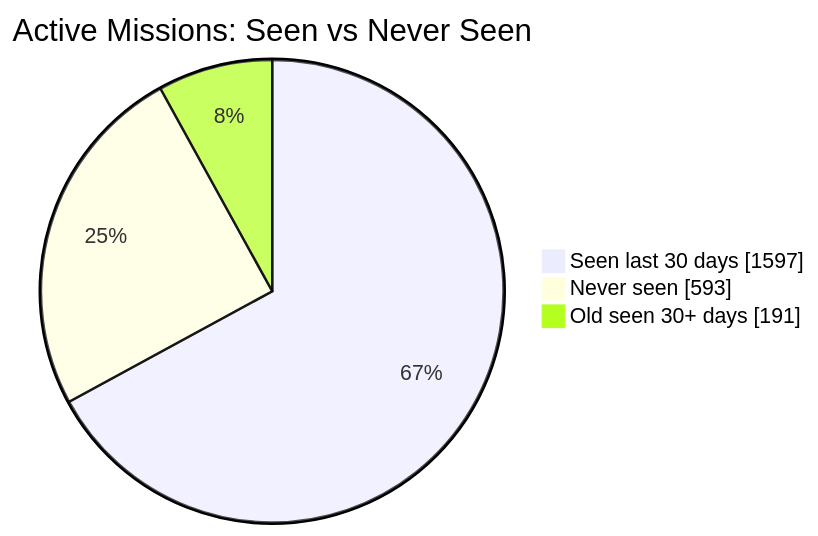
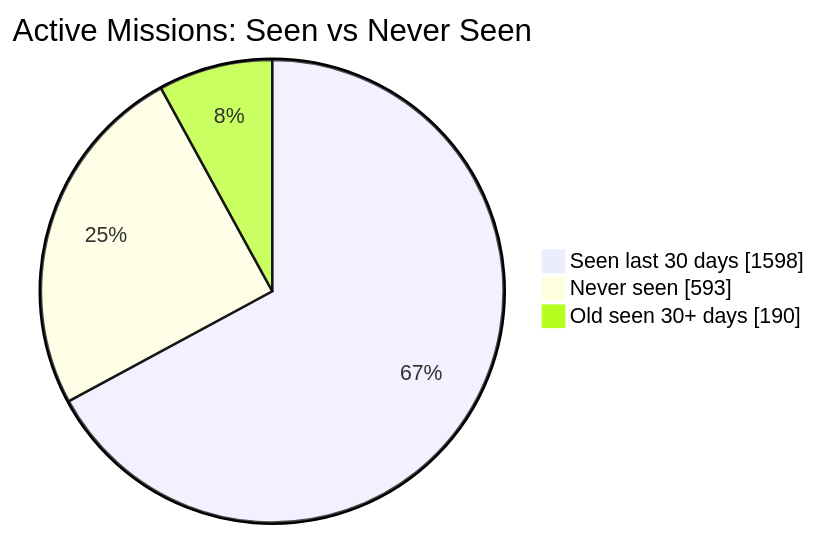
Before and after one commit to MeldkamerspelGameTeam/active-missions: the first of 2 diagrams in README.md, drawn with Mermaid. The commit also changed other lines of this file and 3 other files, not shown here.

````diff
--- a/README.md
+++ b/README.md
@@ -34,7 +34,7 @@
 ```mermaid
 pie showData
     title Active Missions: Seen vs Never Seen
-    "Seen last 30 days" : 1597
+    "Seen last 30 days" : 1598
     "Never seen" : 593
-    "Old seen 30+ days" : 191
+    "Old seen 30+ days" : 190
 ```
````
